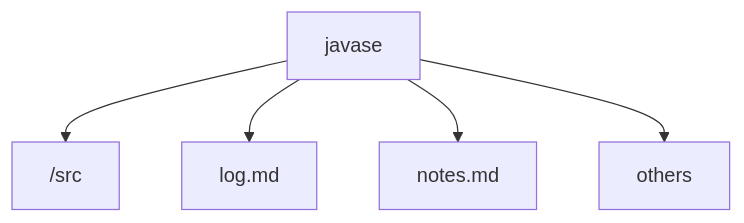
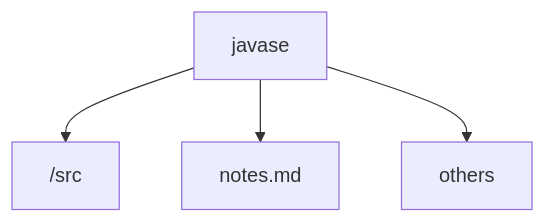
Before and after one commit to liuguoqing000/javase: the diagram in README.md, drawn with Mermaid. The commit also changed other lines of this file and 1 other file, not shown here.

````diff
--- a/README.md
+++ b/README.md
@@ -3,7 +3,6 @@
 ```mermaid
 graph TB
 	javase --> /src
-	javase --> log.md
 	javase --> notes.md
 	javase --> others
 ```
````
